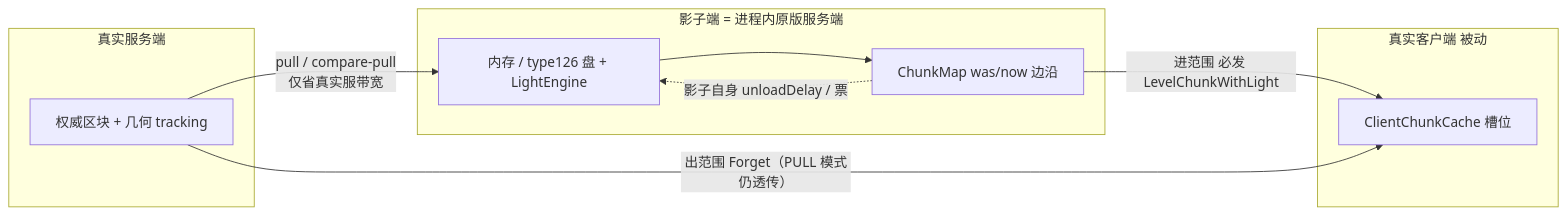
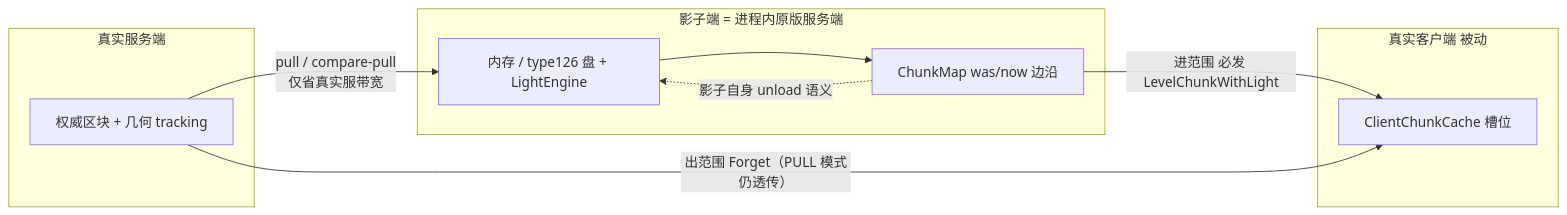
The second of 3 diagrams in docs/architecture.md (limuqy/Hassium), drawn with Mermaid before and after one commit. The commit also changed other lines of this file and 38 other files, not shown here.

````diff
--- a/docs/architecture.md
+++ b/docs/architecture.md
@@ -117,18 +117,18 @@
 ```mermaid
 flowchart LR
   subgraph RS[真实服务端]
     A[权威区块 + 几何 tracking]
   end
   subgraph SH[影子端 = 进程内原版服务端]
     T["ChunkMap was/now 边沿"]
     M[内存 / type126 盘 + LightEngine]
   end
   subgraph CL[真实客户端 被动]
     C[ClientChunkCache 槽位]
   end
   A -->|"pull / compare-pull<br/>仅省真实服带宽"| M
   M --> T
   T -->|"进范围 必发 LevelChunkWithLight"| C
   A -->|"出范围 Forget（PULL 模式仍透传）"| C
-  T -.->|"影子自身 unloadDelay / 票"| M
+  T -.->|"影子自身 unload 语义"| M
 ```
````
